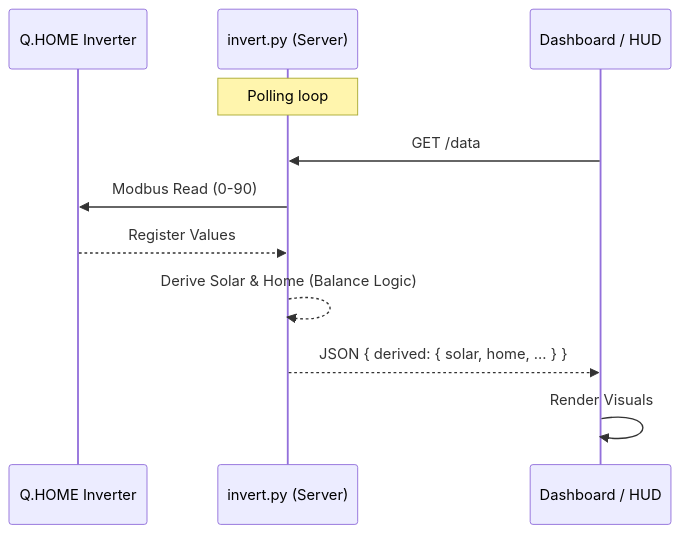
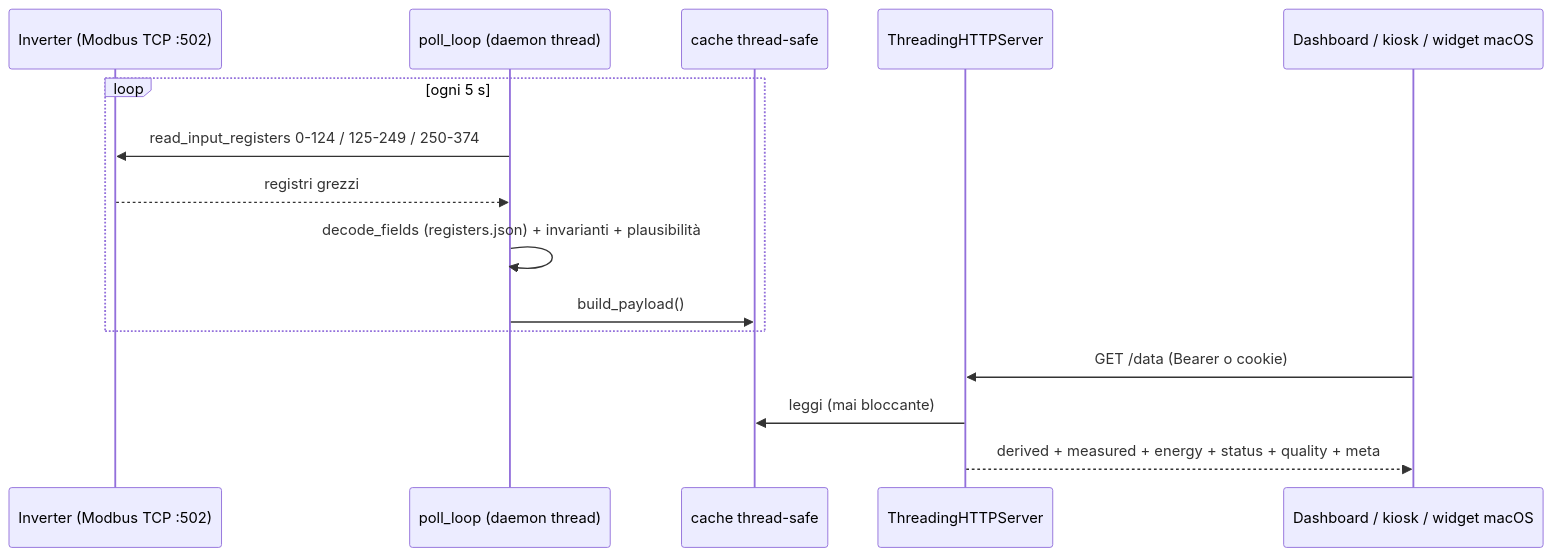
Before and after one commit to ripu/EnergyFlow: the diagram in SODE.md, drawn with Mermaid. The commit also changed other lines of this file and 38 other files, not shown here.

````diff
--- a/SODE.md
+++ b/SODE.md
@@ -49,15 +60,19 @@
 ```mermaid
 sequenceDiagram
-    participant Inverter as Q.HOME Inverter
-    participant Script as invert.py (Server)
-    participant UI as Dashboard / HUD
+    participant INV as Inverter (Modbus TCP :502)
+    participant POLL as poll_loop (daemon thread)
+    participant CACHE as cache thread-safe
+    participant API as ThreadingHTTPServer
+    participant UI as Dashboard / kiosk / widget macOS
 
-    Note over Script: Polling loop
-    
-    UI->>Script: GET /data
-    Script->>Inverter: Modbus Read (0-90)
-    Inverter-->>Script: Register Values
-    Script-->>Script: Derive Solar & Home (Balance Logic)
-    Script-->>UI: JSON { derived: { solar, home, ... } }
-    UI->>UI: Render Visuals
+    loop ogni 5 s
+        POLL->>INV: read_input_registers 0-124 / 125-249 / 250-374
+        INV-->>POLL: registri grezzi
+        POLL->>POLL: decode_fields (registers.json) + invarianti + plausibilità
+        POLL->>CACHE: build_payload()
+    end
+
+    UI->>API: GET /data (Bearer o cookie)
+    API->>CACHE: leggi (mai bloccante)
+    API-->>UI: derived + measured + energy + status + quality + meta
 ```
````
